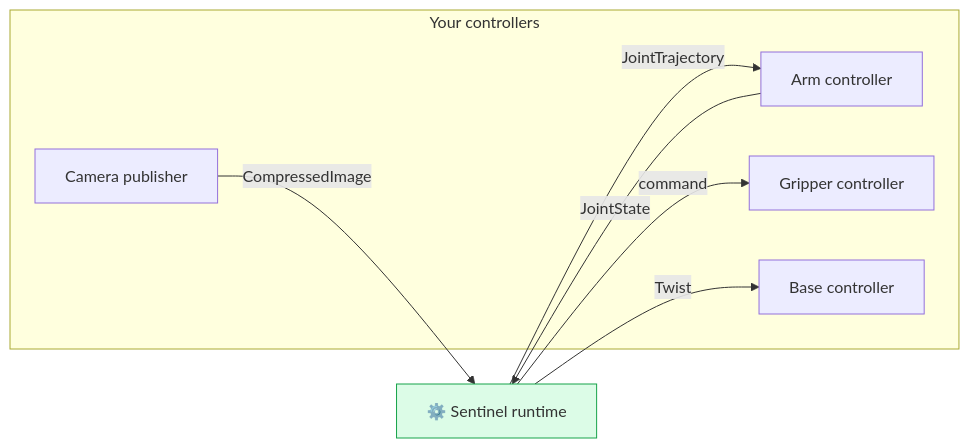
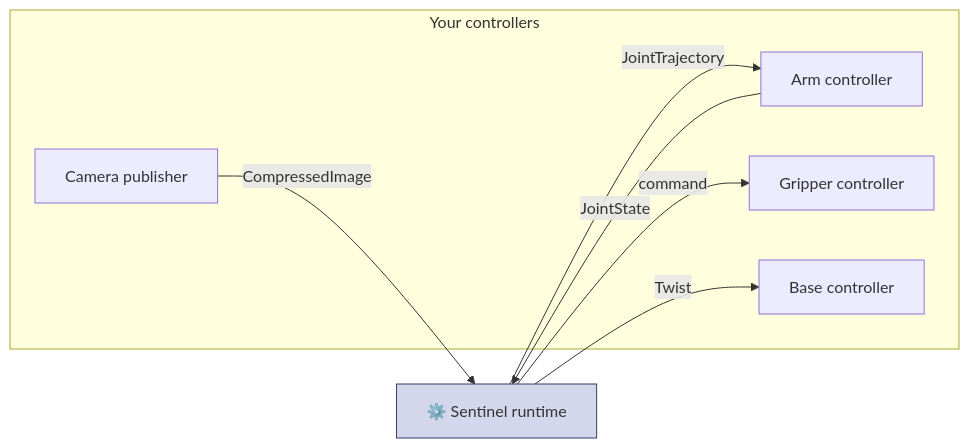
Before and after one commit to avearobotics/docs: the diagram in integration/overview.mdx, drawn with Mermaid. The commit also changed other lines of this file and 20 other files, not shown here.

````diff
--- a/integration/overview.mdx
+++ b/integration/overview.mdx
@@ -12,18 +14,18 @@
 ```mermaid
 flowchart LR
     RT["⚙️ Sentinel runtime"]
     subgraph yours["Your controllers"]
         C1["Arm controller"]
         C2["Gripper controller"]
         C3["Base controller"]
         C4["Camera publisher"]
     end
 
     RT -->|"JointTrajectory"| C1
     C1 -->|"JointState"| RT
     RT -->|"command"| C2
     RT -->|"Twist"| C3
     C4 -->|"CompressedImage"| RT
 
-    style RT fill:#dcfce7,stroke:#16A34A
+    style RT fill:#d4d7ec,stroke:#383d66
 ```
````
